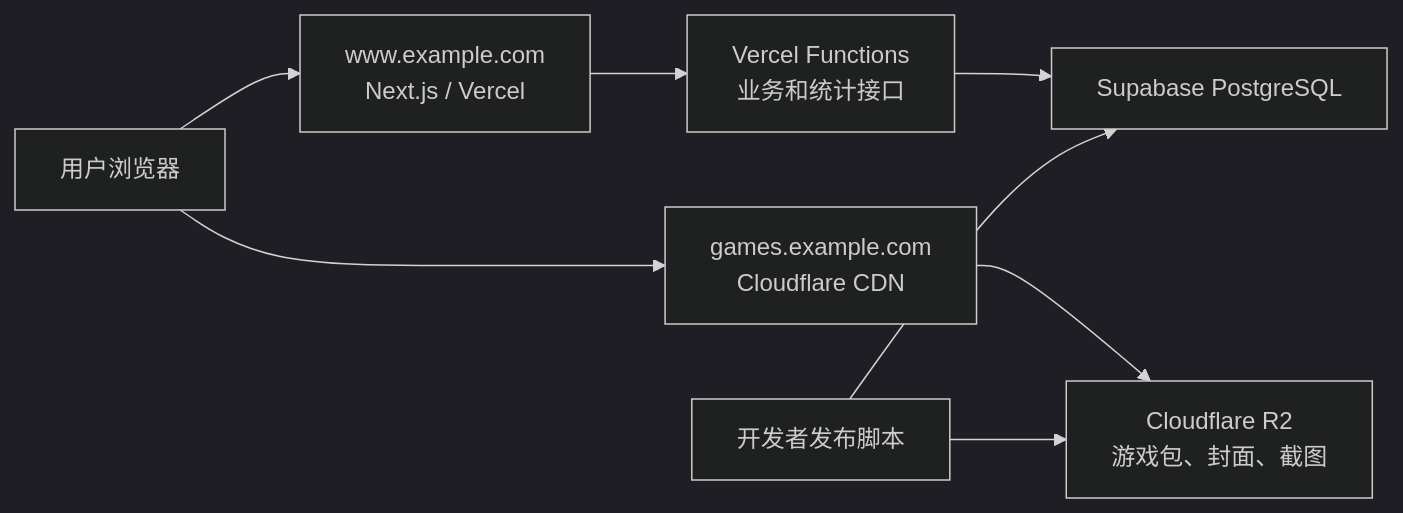
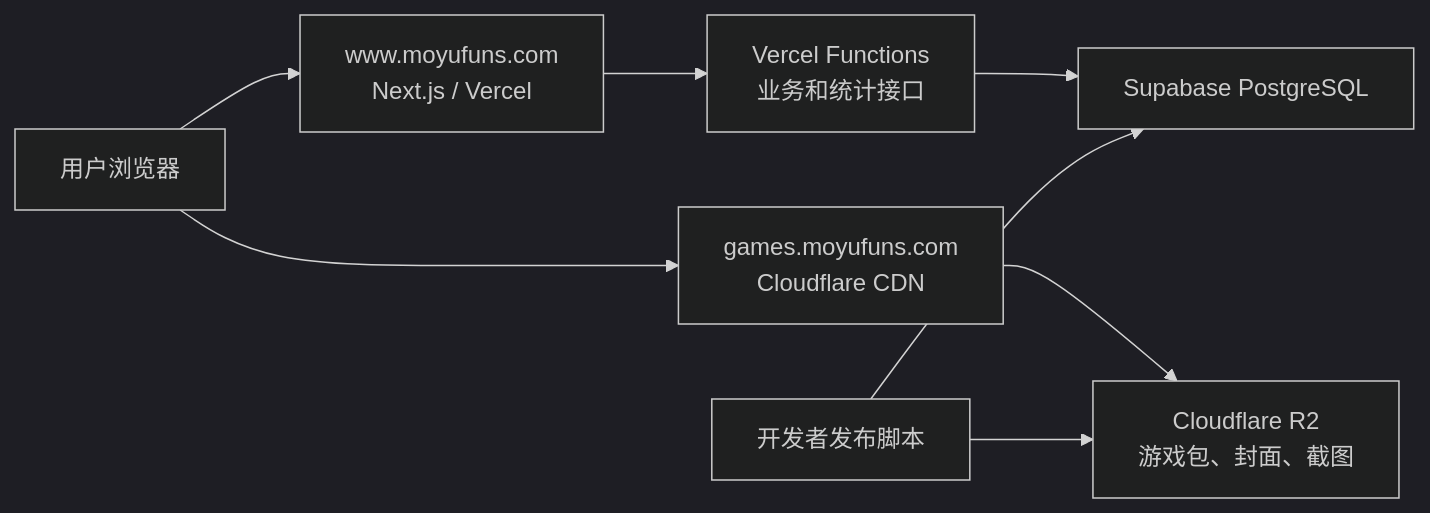
The diagram in IDEA.md (clairexuu/MoYuFun), drawn with Mermaid (dark theme) before and after one commit. The commit also changed other lines of this file and 3 other files, not shown here.

````diff
--- a/IDEA.md
+++ b/IDEA.md
@@ -72,12 +89,12 @@
 ```mermaid
 flowchart LR
-    U["用户浏览器"] --> WEB["www.example.com<br/>Next.js / Vercel"]
-    U --> CDN["games.example.com<br/>Cloudflare CDN"]
+    U["用户浏览器"] --> WEB["www.moyufuns.com<br/>Next.js / Vercel"]
+    U --> CDN["games.moyufuns.com<br/>Cloudflare CDN"]
     CDN --> R2["Cloudflare R2<br/>游戏包、封面、截图"]
 
     WEB --> API["Vercel Functions<br/>业务和统计接口"]
     API --> SUPA["Supabase PostgreSQL"]
 
     DEV["开发者发布脚本"] --> R2
     DEV --> SUPA
 ```
````
